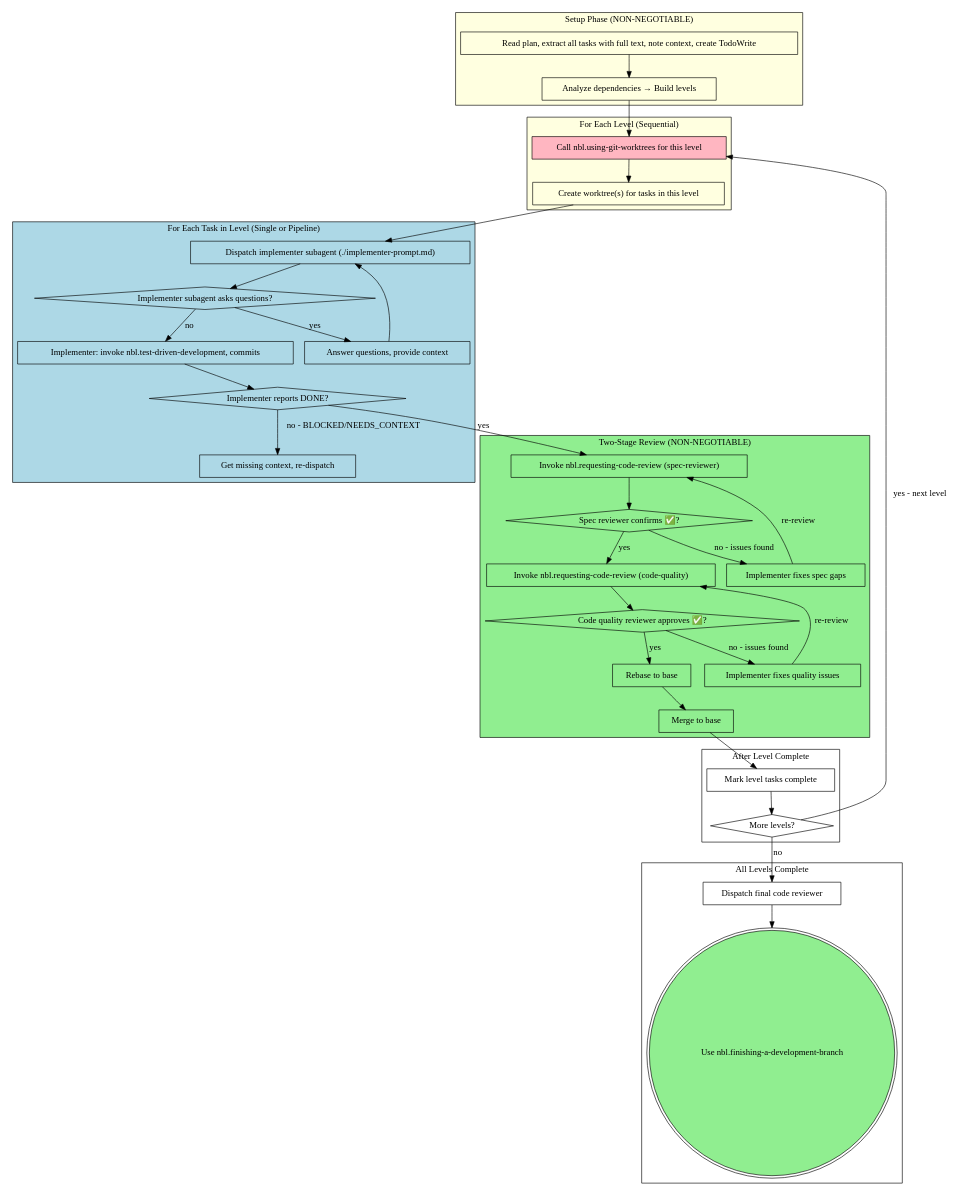
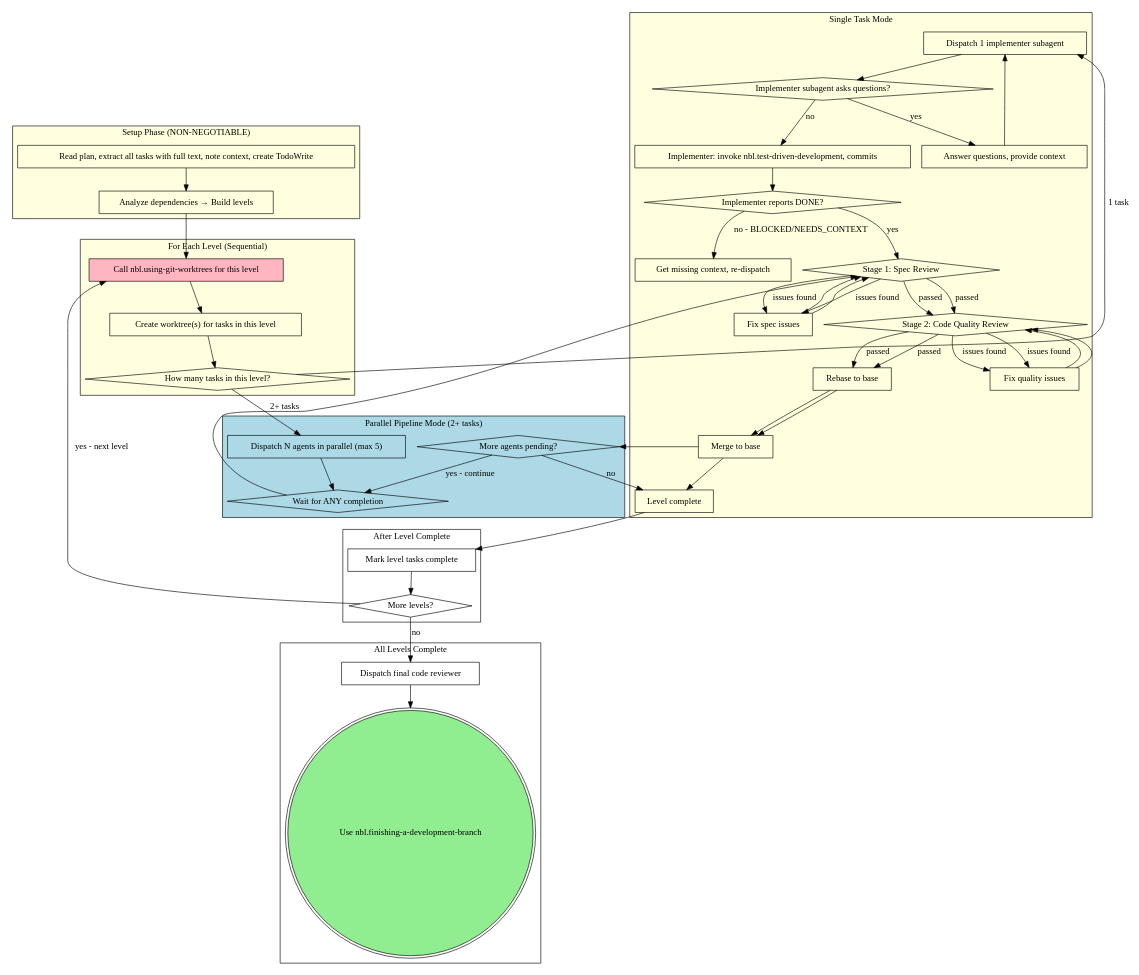
The fourth of 4 diagrams in skills/nbl.subagent-driven-development/SKILL.md (icefrag/nbl-superpowers), drawn with Graphviz before and after one commit. The commit also changed other lines of this file, not shown here.

First line of the commit message:
feat(subagent-driven): add rebase conflict resolution and parallel question handling

```diff
--- a/skills/nbl.subagent-driven-development/SKILL.md
+++ b/skills/nbl.subagent-driven-development/SKILL.md
@@ -273,30 +356,40 @@
         style=filled fillcolor=lightyellow;
         "Call nbl.using-git-worktrees for this level" [shape=box style=filled fillcolor=lightpink];
         "Create worktree(s) for tasks in this level" [shape=box];
+        "How many tasks in this level?" [shape=diamond];
     }
 
-    subgraph cluster_task_loop {
-        label="For Each Task in Level (Single or Pipeline)";
-        style=filled fillcolor=lightblue;
-        "Dispatch implementer subagent (./implementer-prompt.md)" [shape=box];
+    subgraph cluster_single {
+        label="Single Task Mode";
+        style=filled fillcolor=lightyellow;
+        "Dispatch 1 implementer subagent" [shape=box];
         "Implementer subagent asks questions?" [shape=diamond];
         "Answer questions, provide context" [shape=box];
         "Implementer: invoke nbl.test-driven-development, commits" [shape=box];
         "Implementer reports DONE?" [shape=diamond];
         "Get missing context, re-dispatch" [shape=box];
+        "Stage 1: Spec Review" [shape=diamond];
+        "Fix spec issues" [shape=box];
+        "Stage 2: Code Quality Review" [shape=diamond];
+        "Fix quality issues" [shape=box];
+        "Rebase to base" [shape=box];
+        "Merge to base" [shape=box];
+        "Level complete" [shape=box];
     }
 
-    subgraph cluster_review {
-        label="Two-Stage Review (NON-NEGOTIABLE)";
-        style=filled fillcolor=lightgreen;
-        "Invoke nbl.requesting-code-review (spec-reviewer)" [shape=box];
-        "Spec reviewer confirms ✅?" [shape=diamond];
-        "Implementer fixes spec gaps" [shape=box];
-        "Invoke nbl.requesting-code-review (code-quality)" [shape=box];
-        "Code quality reviewer approves ✅?" [shape=diamond];
-        "Implementer fixes quality issues" [shape=box];
+    subgraph cluster_pipeline {
+        label="Parallel Pipeline Mode (2+ tasks)";
+        style=filled fillcolor=lightblue;
+        "Dispatch N agents in parallel (max 5)" [shape=box];
+        "Wait for ANY completion" [shape=diamond];
+        "Stage 1: Spec Review" [shape=diamond];
+        "Fix spec issues" [shape=box];
+        "Stage 2: Code Quality Review" [shape=diamond];
+        "Fix quality issues" [shape=box];
         "Rebase to base" [shape=box];
         "Merge to base" [shape=box];
+        "More agents pending?" [shape=diamond];
+        "Level complete" [shape=box];
     }
 
     subgraph cluster_cleanup {
@@ -311,32 +404,48 @@
         "Use nbl.finishing-a-development-branch" [shape=doublecircle style=filled fillcolor=lightgreen];
     }
 
+    // Setup flow
     "Read plan, extract all tasks with full text, note context, create TodoWrite" -> "Analyze dependencies → Build levels";
     "Analyze dependencies → Build levels" -> "Call nbl.using-git-worktrees for this level";
     "Call nbl.using-git-worktrees for this level" -> "Create worktree(s) for tasks in this level";
-    "Create worktree(s) for tasks in this level" -> "Dispatch implementer subagent (./implementer-prompt.md)";
+    "Create worktree(s) for tasks in this level" -> "How many tasks in this level?";
 
-    "Dispatch implementer subagent (./implementer-prompt.md)" -> "Implementer subagent asks questions?";
+    // Single task branch
+    "How many tasks in this level?" -> "Dispatch 1 implementer subagent" [label="1 task"];
+    "Dispatch 1 implementer subagent" -> "Implementer subagent asks questions?";
     "Implementer subagent asks questions?" -> "Answer questions, provide context" [label="yes"];
-    "Answer questions, provide context" -> "Dispatch implementer subagent (./implementer-prompt.md)";
+    "Answer questions, provide context" -> "Dispatch 1 implementer subagent";
     "Implementer subagent asks questions?" -> "Implementer: invoke nbl.test-driven-development, commits" [label="no"];
     "Implementer: invoke nbl.test-driven-development, commits" -> "Implementer reports DONE?";
     "Implementer reports DONE?" -> "Get missing context, re-dispatch" [label="no - BLOCKED/NEEDS_CONTEXT"];
-    "Implementer reports DONE?" -> "Invoke nbl.requesting-code-review (spec-reviewer)" [label="yes"];
+    "Implementer reports DONE?" -> "Stage 1: Spec Review" [label="yes"];
+    "Stage 1: Spec Review" -> "Fix spec issues" [label="issues found"];
+    "Fix spec issues" -> "Stage 1: Spec Review";
+    "Stage 1: Spec Review" -> "Stage 2: Code Quality Review" [label="passed"];
+    "Stage 2: Code Quality Review" -> "Fix quality issues" [label="issues found"];
+    "Fix quality issues" -> "Stage 2: Code Quality Review";
+    "Stage 2: Code Quality Review" -> "Rebase to base" [label="passed"];
+    "Rebase to base" -> "Merge to base";
+    "Merge to base" -> "Level complete";
 
-    "Invoke nbl.requesting-code-review (spec-reviewer)" -> "Spec reviewer confirms ✅?";
-    "Spec reviewer confirms ✅?" -> "Implementer fixes spec gaps" [label="no - issues found"];
-    "Implementer fixes spec gaps" -> "Invoke nbl.requesting-code-review (spec-reviewer)" [label="re-review"];
-    "Spec reviewer confirms ✅?" -> "Invoke nbl.requesting-code-review (code-quality)" [label="yes"];
-    "Invoke nbl.requesting-code-review (code-quality)" -> "Code quality reviewer approves ✅?";
-    "Code quality reviewer approves ✅?" -> "Implementer fixes quality issues" [label="no - issues found"];
-    "Implementer fixes quality issues" -> "Invoke nbl.requesting-code-review (code-quality)" [label="re-review"];
-    "Code quality reviewer approves ✅?" -> "Rebase to base" [label="yes"];
+    // Pipeline branch (parallel dispatch)
+    "How many tasks in this level?" -> "Dispatch N agents in parallel (max 5)" [label="2+ tasks"];
+    "Dispatch N agents in parallel (max 5)" -> "Wait for ANY completion";
+    "Wait for ANY completion" -> "Stage 1: Spec Review";
+    "Stage 1: Spec Review" -> "Fix spec issues" [label="issues found"];
+    "Fix spec issues" -> "Stage 1: Spec Review";
+    "Stage 1: Spec Review" -> "Stage 2: Code Quality Review" [label="passed"];
+    "Stage 2: Code Quality Review" -> "Fix quality issues" [label="issues found"];
+    "Fix quality issues" -> "Stage 2: Code Quality Review";
+    "Stage 2: Code Quality Review" -> "Rebase to base" [label="passed"];
     "Rebase to base" -> "Merge to base";
+    "Merge to base" -> "More agents pending?";
+    "More agents pending?" -> "Wait for ANY completion" [label="yes - continue"];
+    "More agents pending?" -> "Level complete" [label="no"];
 
-    "Merge to base" -> "Mark level tasks complete";
+    // Cleanup flow
+    "Level complete" -> "Mark level tasks complete";
     "Mark level tasks complete" -> "More levels?";
-
     "More levels?" -> "Call nbl.using-git-worktrees for this level" [label="yes - next level"];
     "More levels?" -> "Dispatch final code reviewer" [label="no"];
     "Dispatch final code reviewer" -> "Use nbl.finishing-a-development-branch";
```
